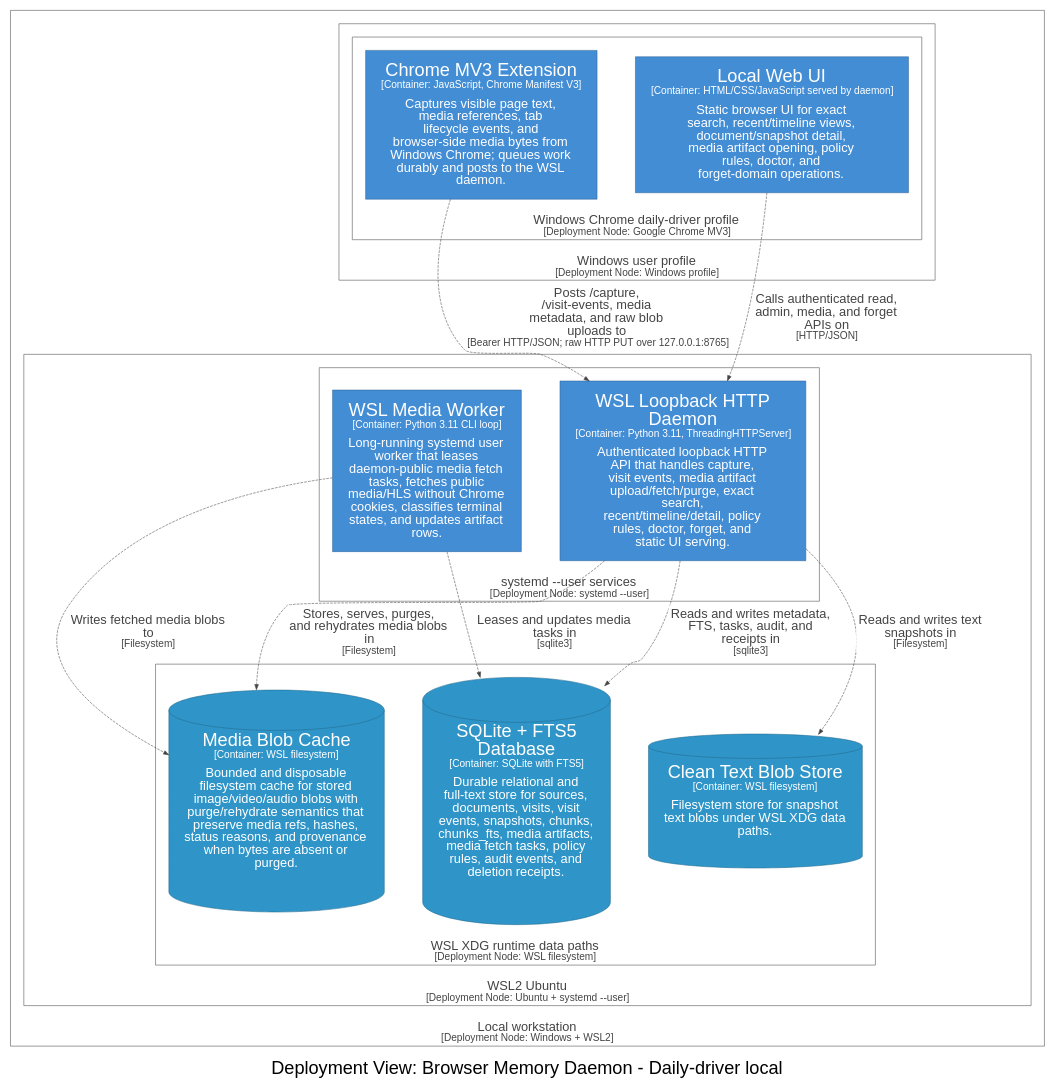
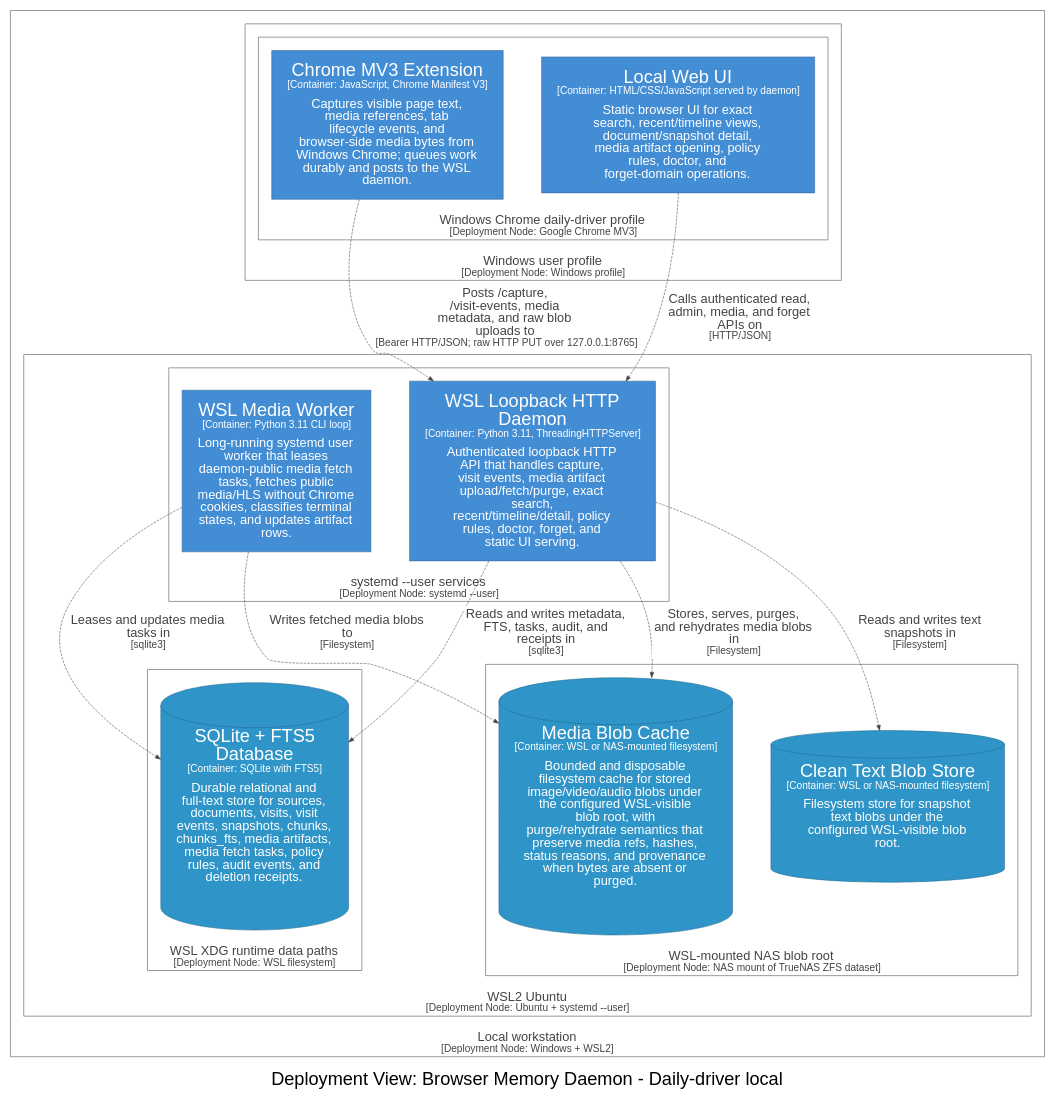
Before and after one commit to michaelnicks0/browser-memory-daemon: the diagram in docs/architecture/diagrams/dot/structurizr-DailyDriverDeployment.dot, drawn with Graphviz. The commit also changed 148 other files, not shown here.

Commit message:
feat: support NAS-backed blob root

```diff
--- a/docs/architecture/diagrams/dot/structurizr-DailyDriverDeployment.dot
+++ b/docs/architecture/diagrams/dot/structurizr-DailyDriverDeployment.dot
@@ -1,93 +1,103 @@
 digraph {
   compound=true
   graph [fontname="Arial", rankdir=TB, ranksep=1.0, nodesep=1.0]
   node [fontname="Arial", shape=box, margin="0.4,0.3"]
   edge [fontname="Arial"]
   label=<<br /><font point-size="34">Deployment View: Browser Memory Daemon - Daily-driver local</font>>
 
   subgraph cluster_85 {
     margin=25
     label=<<font point-size="24">Local workstation</font><br /><font point-size="19">[Deployment Node: Windows + WSL2]</font>>
     labelloc=b
     color="#444444"
     fontcolor="#444444"
     fillcolor="#ffffff"
 
     subgraph cluster_86 {
       margin=25
       label=<<font point-size="24">Windows user profile</font><br /><font point-size="19">[Deployment Node: Windows profile]</font>>
       labelloc=b
       color="#444444"
       fontcolor="#444444"
       fillcolor="#ffffff"
 
       subgraph cluster_87 {
         margin=25
         label=<<font point-size="24">Windows Chrome daily-driver profile</font><br /><font point-size="19">[Deployment Node: Google Chrome MV3]</font>>
         labelloc=b
         color="#444444"
         fontcolor="#444444"
         fillcolor="#ffffff"
 
         88 [id=88,shape=rect, label=<<font point-size="34">Chrome MV3 Extension</font><br /><font point-size="19">[Container: JavaScript, Chrome Manifest V3]</font><br /><br /><font point-size="24">Captures visible page text,<br />media references, tab<br />lifecycle events, and<br />browser-side media bytes from<br />Windows Chrome; queues work<br />durably and posts to the WSL<br />daemon.</font>>, style=filled, color="#2e6295", fillcolor="#438dd5", fontcolor="#ffffff"]
         91 [id=91,shape=rect, label=<<font point-size="34">Local Web UI</font><br /><font point-size="19">[Container: HTML/CSS/JavaScript served by daemon]</font><br /><br /><font point-size="24">Static browser UI for exact<br />search, recent/timeline views,<br />document/snapshot detail,<br />media artifact opening, policy<br />rules, doctor, and<br />forget-domain operations.</font>>, style=filled, color="#2e6295", fillcolor="#438dd5", fontcolor="#ffffff"]
       }
 
     }
 
     subgraph cluster_93 {
       margin=25
       label=<<font point-size="24">WSL2 Ubuntu</font><br /><font point-size="19">[Deployment Node: Ubuntu + systemd --user]</font>>
       labelloc=b
       color="#444444"
       fontcolor="#444444"
       fillcolor="#ffffff"
 
       subgraph cluster_102 {
         margin=25
         label=<<font point-size="24">WSL XDG runtime data paths</font><br /><font point-size="19">[Deployment Node: WSL filesystem]</font>>
         labelloc=b
         color="#444444"
         fontcolor="#444444"
         fillcolor="#ffffff"
 
         103 [id=103,shape=cylinder, label=<<font point-size="34">SQLite + FTS5<br />Database</font><br /><font point-size="19">[Container: SQLite with FTS5]</font><br /><br /><font point-size="24">Durable relational and<br />full-text store for sources,<br />documents, visits, visit<br />events, snapshots, chunks,<br />chunks_fts, media artifacts,<br />media fetch tasks, policy<br />rules, audit events, and<br />deletion receipts.</font>>, style=filled, color="#20688c", fillcolor="#2f95c8", fontcolor="#ffffff"]
-        107 [id=107,shape=cylinder, label=<<font point-size="34">Clean Text Blob Store</font><br /><font point-size="19">[Container: WSL filesystem]</font><br /><br /><font point-size="24">Filesystem store for snapshot<br />text blobs under WSL XDG data<br />paths.</font>>, style=filled, color="#20688c", fillcolor="#2f95c8", fontcolor="#ffffff"]
-        109 [id=109,shape=cylinder, label=<<font point-size="34">Media Blob Cache</font><br /><font point-size="19">[Container: WSL filesystem]</font><br /><br /><font point-size="24">Bounded and disposable<br />filesystem cache for stored<br />image/video/audio blobs with<br />purge/rehydrate semantics that<br />preserve media refs, hashes,<br />status reasons, and provenance<br />when bytes are absent or<br />purged.</font>>, style=filled, color="#20688c", fillcolor="#2f95c8", fontcolor="#ffffff"]
+      }
+
+      subgraph cluster_109 {
+        margin=25
+        label=<<font point-size="24">WSL-mounted NAS blob root</font><br /><font point-size="19">[Deployment Node: NAS mount of TrueNAS ZFS dataset]</font>>
+        labelloc=b
+        color="#444444"
+        fontcolor="#444444"
+        fillcolor="#ffffff"
+
+        110 [id=110,shape=cylinder, label=<<font point-size="34">Clean Text Blob Store</font><br /><font point-size="19">[Container: WSL or NAS-mounted filesystem]</font><br /><br /><font point-size="24">Filesystem store for snapshot<br />text blobs under the<br />configured WSL-visible blob<br />root.</font>>, style=filled, color="#20688c", fillcolor="#2f95c8", fontcolor="#ffffff"]
+        112 [id=112,shape=cylinder, label=<<font point-size="34">Media Blob Cache</font><br /><font point-size="19">[Container: WSL or NAS-mounted filesystem]</font><br /><br /><font point-size="24">Bounded and disposable<br />filesystem cache for stored<br />image/video/audio blobs under<br />the configured WSL-visible<br />blob root, with<br />purge/rehydrate semantics that<br />preserve media refs, hashes,<br />status reasons, and provenance<br />when bytes are absent or<br />purged.</font>>, style=filled, color="#20688c", fillcolor="#2f95c8", fontcolor="#ffffff"]
       }
 
       subgraph cluster_94 {
         margin=25
         label=<<font point-size="24">systemd --user services</font><br /><font point-size="19">[Deployment Node: systemd --user]</font>>
         labelloc=b
         color="#444444"
         fontcolor="#444444"
         fillcolor="#ffffff"
 
         95 [id=95,shape=rect, label=<<font point-size="34">WSL Loopback HTTP<br />Daemon</font><br /><font point-size="19">[Container: Python 3.11, ThreadingHTTPServer]</font><br /><br /><font point-size="24">Authenticated loopback HTTP<br />API that handles capture,<br />visit events, media artifact<br />upload/fetch/purge, exact<br />search,<br />recent/timeline/detail, policy<br />rules, doctor, forget, and<br />static UI serving.</font>>, style=filled, color="#2e6295", fillcolor="#438dd5", fontcolor="#ffffff"]
         98 [id=98,shape=rect, label=<<font point-size="34">WSL Media Worker</font><br /><font point-size="19">[Container: Python 3.11 CLI loop]</font><br /><br /><font point-size="24">Long-running systemd user<br />worker that leases<br />daemon-public media fetch<br />tasks, fetches public<br />media/HLS without Chrome<br />cookies, classifies terminal<br />states, and updates artifact<br />rows.</font>>, style=filled, color="#2e6295", fillcolor="#438dd5", fontcolor="#ffffff"]
       }
 
       subgraph cluster_99 {
         margin=25
         label=<<font point-size="24">WSL shell</font><br /><font point-size="19">[Deployment Node: Bash + Python]</font>>
         labelloc=b
         color="#444444"
         fontcolor="#444444"
         fillcolor="#ffffff"
 
       }
 
     }
 
   }
 
   95 -> 103 [id=104, label=<<TABLE BORDER="0" CELLBORDER="0" CELLSPACING="0" CELLPADDING="4" BGCOLOR="white"><TR><TD><font point-size="24">Reads and writes metadata,<br />FTS, tasks, audit, and<br />receipts in</font><br /><font point-size="19">[sqlite3]</font></TD></TR></TABLE>>, style="dashed", color="#444444", fontcolor="#444444"]
   98 -> 103 [id=105, label=<<TABLE BORDER="0" CELLBORDER="0" CELLSPACING="0" CELLPADDING="4" BGCOLOR="white"><TR><TD><font point-size="24">Leases and updates media<br />tasks in</font><br /><font point-size="19">[sqlite3]</font></TD></TR></TABLE>>, style="dashed", color="#444444", fontcolor="#444444"]
-  95 -> 107 [id=108, label=<<TABLE BORDER="0" CELLBORDER="0" CELLSPACING="0" CELLPADDING="4" BGCOLOR="white"><TR><TD><font point-size="24">Reads and writes text<br />snapshots in</font><br /><font point-size="19">[Filesystem]</font></TD></TR></TABLE>>, style="dashed", color="#444444", fontcolor="#444444"]
-  95 -> 109 [id=110, label=<<TABLE BORDER="0" CELLBORDER="0" CELLSPACING="0" CELLPADDING="4" BGCOLOR="white"><TR><TD><font point-size="24">Stores, serves, purges,<br />and rehydrates media blobs<br />in</font><br /><font point-size="19">[Filesystem]</font></TD></TR></TABLE>>, style="dashed", color="#444444", fontcolor="#444444"]
-  98 -> 109 [id=111, label=<<TABLE BORDER="0" CELLBORDER="0" CELLSPACING="0" CELLPADDING="4" BGCOLOR="white"><TR><TD><font point-size="24">Writes fetched media blobs<br />to</font><br /><font point-size="19">[Filesystem]</font></TD></TR></TABLE>>, style="dashed", color="#444444", fontcolor="#444444"]
+  95 -> 110 [id=111, label=<<TABLE BORDER="0" CELLBORDER="0" CELLSPACING="0" CELLPADDING="4" BGCOLOR="white"><TR><TD><font point-size="24">Reads and writes text<br />snapshots in</font><br /><font point-size="19">[Filesystem]</font></TD></TR></TABLE>>, style="dashed", color="#444444", fontcolor="#444444"]
+  95 -> 112 [id=113, label=<<TABLE BORDER="0" CELLBORDER="0" CELLSPACING="0" CELLPADDING="4" BGCOLOR="white"><TR><TD><font point-size="24">Stores, serves, purges,<br />and rehydrates media blobs<br />in</font><br /><font point-size="19">[Filesystem]</font></TD></TR></TABLE>>, style="dashed", color="#444444", fontcolor="#444444"]
+  98 -> 112 [id=114, label=<<TABLE BORDER="0" CELLBORDER="0" CELLSPACING="0" CELLPADDING="4" BGCOLOR="white"><TR><TD><font point-size="24">Writes fetched media blobs<br />to</font><br /><font point-size="19">[Filesystem]</font></TD></TR></TABLE>>, style="dashed", color="#444444", fontcolor="#444444"]
   88 -> 95 [id=96, label=<<TABLE BORDER="0" CELLBORDER="0" CELLSPACING="0" CELLPADDING="4" BGCOLOR="white"><TR><TD><font point-size="24">Posts /capture,<br />/visit-events, media<br />metadata, and raw blob<br />uploads to</font><br /><font point-size="19">[Bearer HTTP/JSON; raw HTTP PUT over 127.0.0.1:8765]</font></TD></TR></TABLE>>, style="dashed", color="#444444", fontcolor="#444444"]
   91 -> 95 [id=97, label=<<TABLE BORDER="0" CELLBORDER="0" CELLSPACING="0" CELLPADDING="4" BGCOLOR="white"><TR><TD><font point-size="24">Calls authenticated read,<br />admin, media, and forget<br />APIs on</font><br /><font point-size="19">[HTTP/JSON]</font></TD></TR></TABLE>>, style="dashed", color="#444444", fontcolor="#444444"]
 
 }
```
